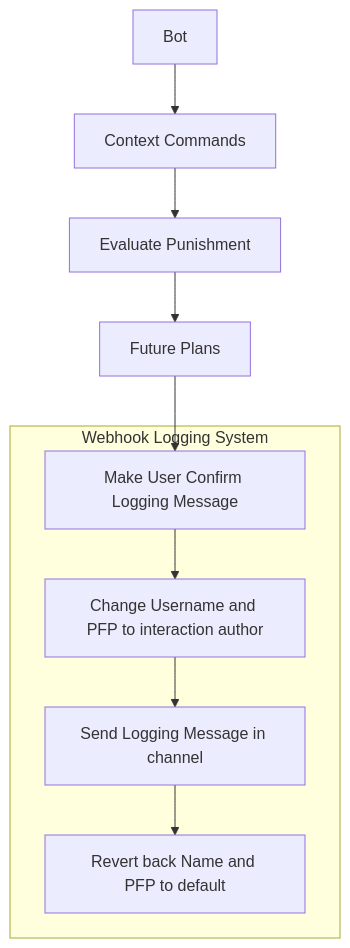
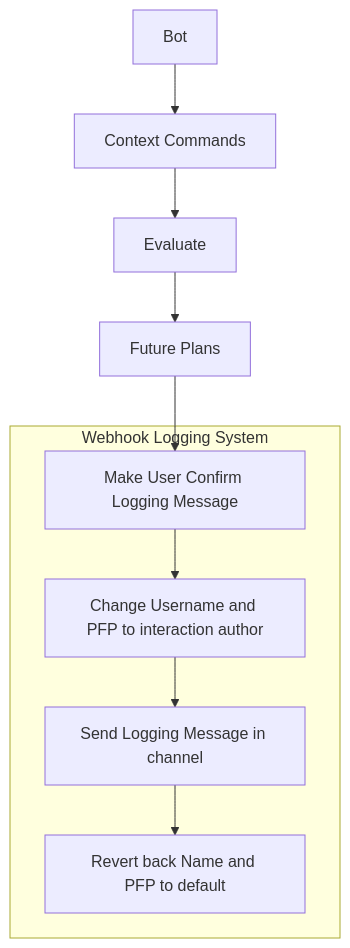
Before and after one commit to tacticalcharge/userBotTesting: the diagram in plan.md, drawn with Mermaid. The commit also changed 12 other files, not shown here.

````diff
--- a/plan.md
+++ b/plan.md
@@ -1,18 +1,18 @@
 ```mermaid
 flowchart TB
  subgraph s1["Webhook Logging System"]
         n8["Change Username and PFP to interaction author"]
         n10["Send Logging Message in channel"]
         n11["Revert back Name and PFP to default"]
         n7["Make User Confirm Logging Message"]
   end
     n1["Bot"] --> n2["Context Commands"]
-    n2 --> n3["Evaluate Punishment"]
+    n2 --> n3["Evaluate"]
     n3 --> n4["Future Plans"]
     n4 --> n7
     n7 --> n8
     n8 --> n10
     n10 --> n11
 
     n1@{ shape: rect}
 ```
````
